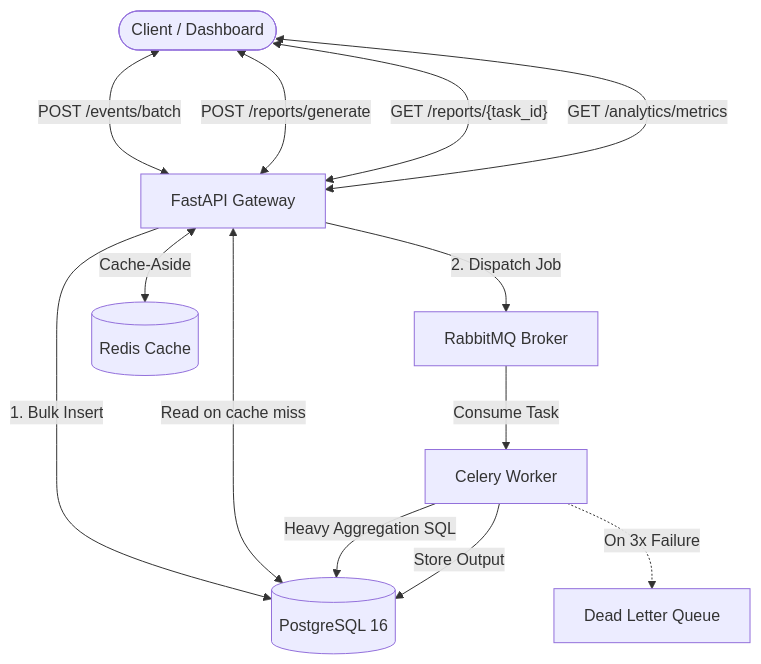
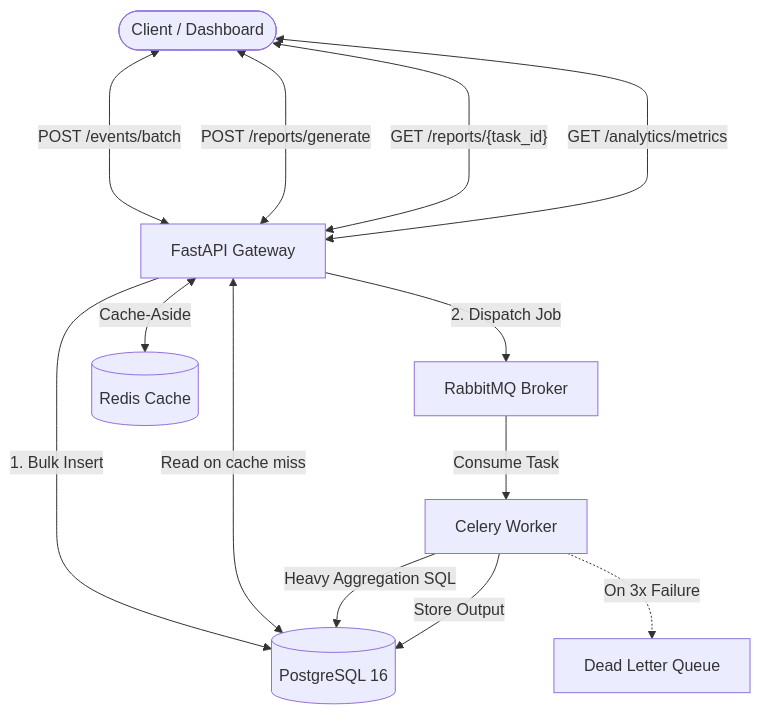
One commit to Avrhambi/async-report-engine changed the diagram in README.md. Above: the diagram before and after it, drawn with Mermaid.

Commit message:
Fix arrow direction in system overview diagram

````diff
--- a/README.md
+++ b/README.md
@@ -18,17 +18,17 @@
 ```mermaid
 flowchart TD
-    Client(["Client / Dashboard"]) <-->|"POST /events/batch"| API["FastAPI Gateway"]
-    Client <-->|"POST /reports/generate"| API
-    Client <-->|"GET /reports/{task_id}"| API
+    Client(["Client / Dashboard"]) <---->|"POST /events/batch"| API["FastAPI Gateway"]
+    Client <---->|"POST /reports/generate"| API
+    Client <---->|"GET /reports/{task_id}"| API
     Client <--->|"GET /analytics/metrics"| API
 
     API -->|"1. Bulk Insert"| DB[("PostgreSQL 16")]
     API -->|"2. Dispatch Job"| RMQ["RabbitMQ Broker"]
     API <-->|"Cache-Aside"| REDIS[("Redis Cache")]
     API <-->|"Read on cache miss"| DB
 
     RMQ -->|"Consume Task"| WORKER["Celery Worker"]
     WORKER -->|"Heavy Aggregation SQL"| DB
     WORKER -->|"Store Output"| DB
     WORKER -.->|"On 3x Failure"| DLQ["Dead Letter Queue"]
 ```
````
